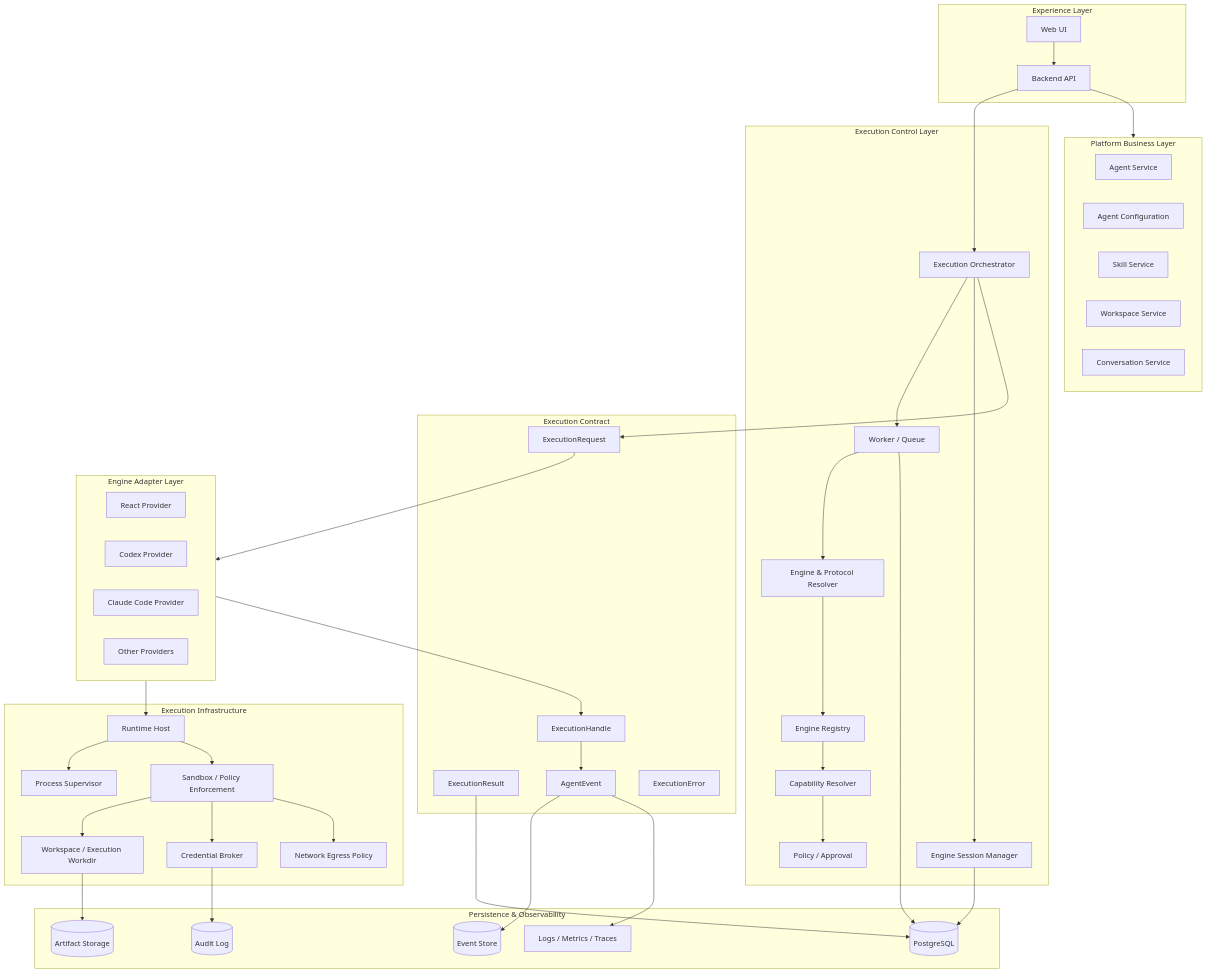
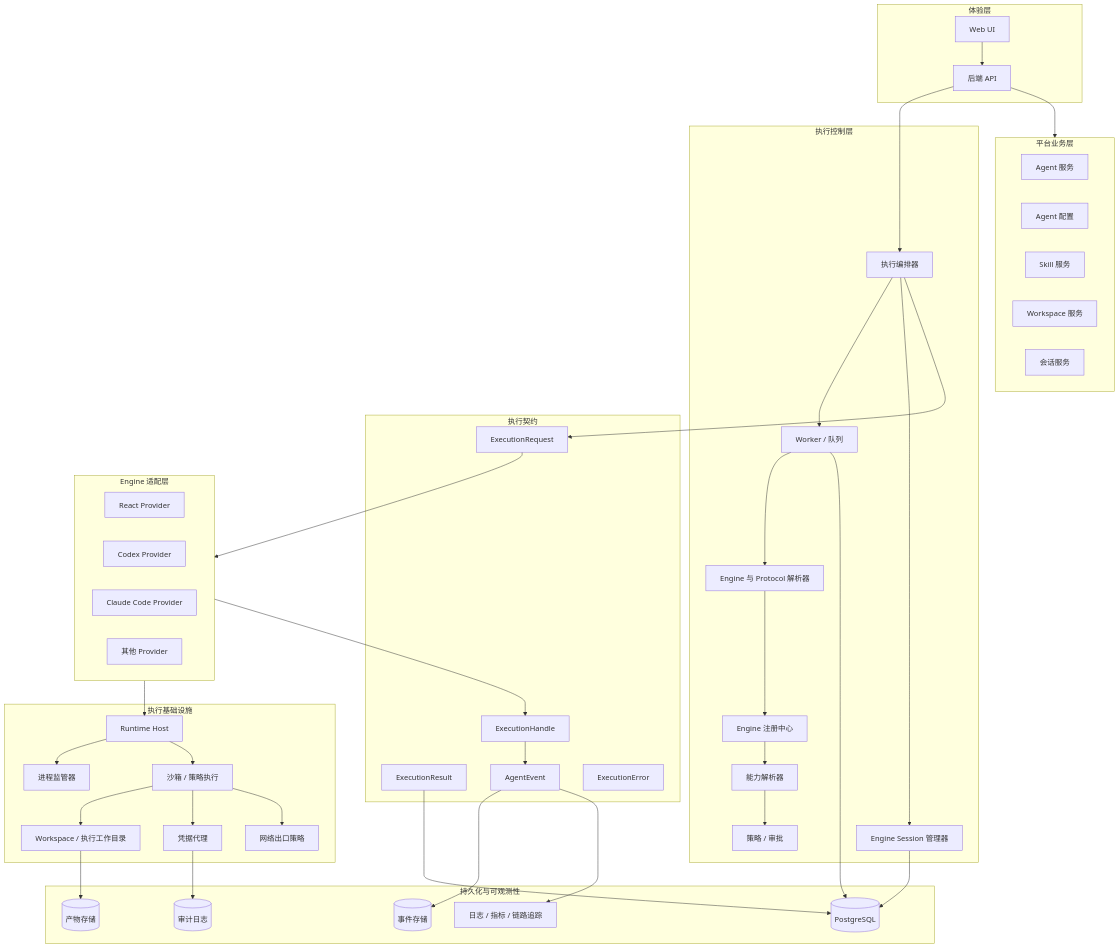
Before and after one commit to GroundedCoreAI/nexusdesk: the first of 2 diagrams in docs/architecture/agent-execution-platform-v2.md, drawn with Mermaid. The commit also changed other lines of this file and 3 other files, not shown here.

First line of the commit message:
docs(architecture): --no-issue add bilingual execution platform architecture

````diff
--- a/docs/architecture/agent-execution-platform-v2.md
+++ b/docs/architecture/agent-execution-platform-v2.md
@@ -82,78 +82,78 @@
 ```mermaid
 flowchart TB
-    subgraph Experience["Experience Layer"]
+    subgraph Experience["体验层"]
         UI["Web UI"]
-        API["Backend API"]
+        API["后端 API"]
     end
 
-    subgraph Business["Platform Business Layer"]
-        AGENT["Agent Service"]
-        CONFIG["Agent Configuration"]
-        SKILL["Skill Service"]
-        WS["Workspace Service"]
-        CONV["Conversation Service"]
+    subgraph Business["平台业务层"]
+        AGENT["Agent 服务"]
+        CONFIG["Agent 配置"]
+        SKILL["Skill 服务"]
+        WS["Workspace 服务"]
+        CONV["会话服务"]
     end
 
-    subgraph Control["Execution Control Layer"]
-        ORCH["Execution Orchestrator"]
-        WORKER["Worker / Queue"]
-        REG["Engine Registry"]
-        RESOLVE["Engine & Protocol Resolver"]
-        CAP["Capability Resolver"]
-        POLICY["Policy / Approval"]
-        SESSION["Engine Session Manager"]
+    subgraph Control["执行控制层"]
+        ORCH["执行编排器"]
+        WORKER["Worker / 队列"]
+        REG["Engine 注册中心"]
+        RESOLVE["Engine 与 Protocol 解析器"]
+        CAP["能力解析器"]
+        POLICY["策略 / 审批"]
+        SESSION["Engine Session 管理器"]
     end
 
-    subgraph Contract["Execution Contract"]
+    subgraph Contract["执行契约"]
         REQ["ExecutionRequest"]
         HANDLE["ExecutionHandle"]
         RESULT["ExecutionResult"]
         EVENT["AgentEvent"]
         ERROR["ExecutionError"]
     end
 
-    subgraph Adapters["Engine Adapter Layer"]
+    subgraph Adapters["Engine 适配层"]
         REACT["React Provider"]
         CODEX["Codex Provider"]
         CLAUDE["Claude Code Provider"]
-        OTHER["Other Providers"]
+        OTHER["其他 Provider"]
     end
 
-    subgraph Infrastructure["Execution Infrastructure"]
+    subgraph Infrastructure["执行基础设施"]
         HOST["Runtime Host"]
-        PROCESS["Process Supervisor"]
-        SANDBOX["Sandbox / Policy Enforcement"]
-        CRED["Credential Broker"]
-        WORKDIR["Workspace / Execution Workdir"]
-        NET["Network Egress Policy"]
+        PROCESS["进程监管器"]
+        SANDBOX["沙箱 / 策略执行"]
+        CRED["凭据代理"]
+        WORKDIR["Workspace / 执行工作目录"]
+        NET["网络出口策略"]
     end
 
-    subgraph Data["Persistence & Observability"]
+    subgraph Data["持久化与可观测性"]
         DB[("PostgreSQL")]
-        EVENTS[("Event Store")]
-        ARTIFACT[("Artifact Storage")]
-        AUDIT[("Audit Log")]
-        OTEL["Logs / Metrics / Traces"]
+        EVENTS[("事件存储")]
+        ARTIFACT[("产物存储")]
+        AUDIT[("审计日志")]
+        OTEL["日志 / 指标 / 链路追踪"]
     end
 
     UI --> API --> Business
     API --> ORCH
     ORCH --> WORKER
     WORKER --> RESOLVE
     RESOLVE --> REG --> CAP --> POLICY
     ORCH --> SESSION
     ORCH --> REQ --> Adapters
     Adapters --> HANDLE
     Adapters --> HOST --> PROCESS
     HOST --> SANDBOX
     SANDBOX --> WORKDIR
     SANDBOX --> CRED
     SANDBOX --> NET
     HANDLE --> EVENT --> EVENTS
     RESULT --> DB
     SESSION --> DB
     WORKDIR --> ARTIFACT
     CRED --> AUDIT
     EVENT --> OTEL
     WORKER --> DB
 ```
````
